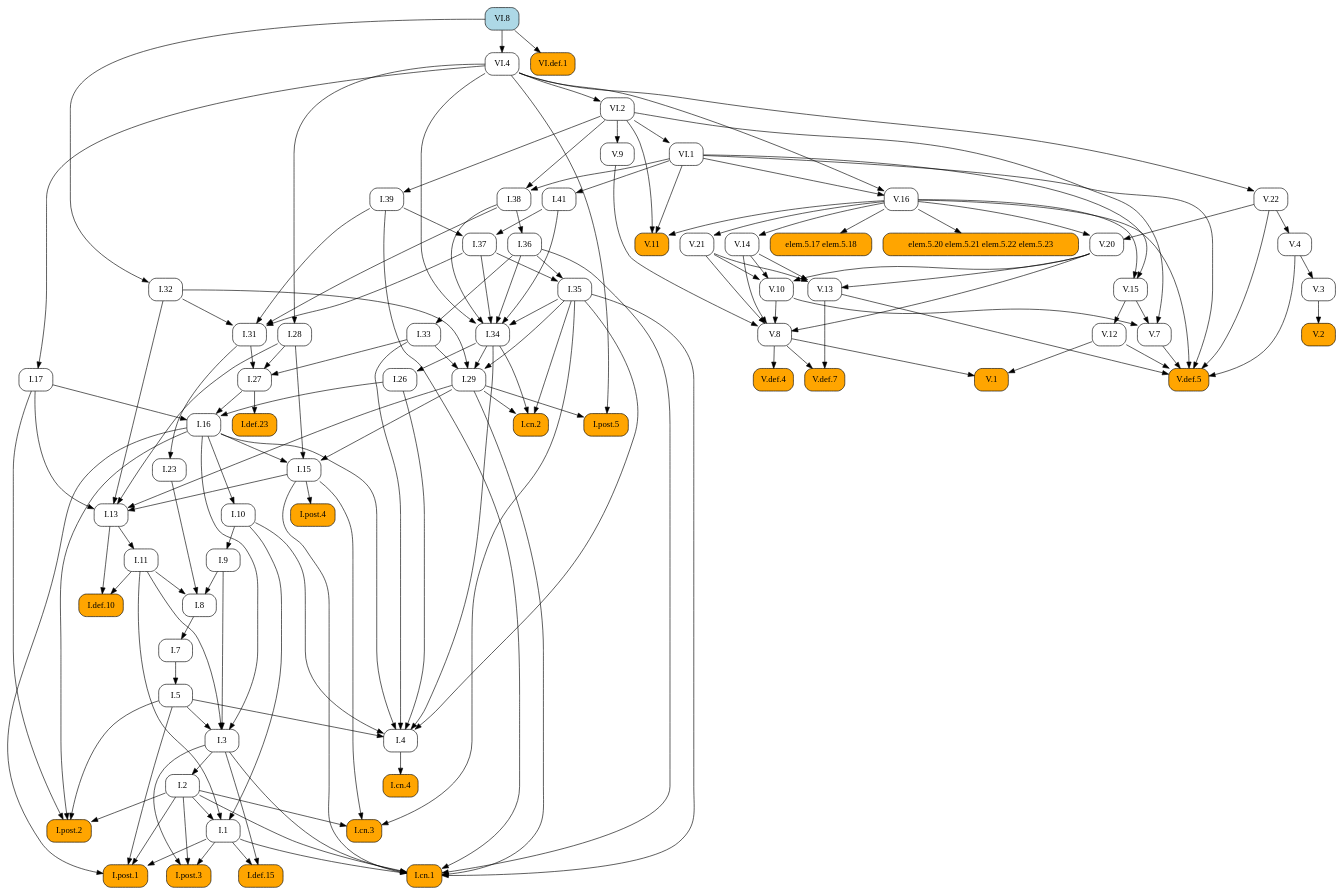
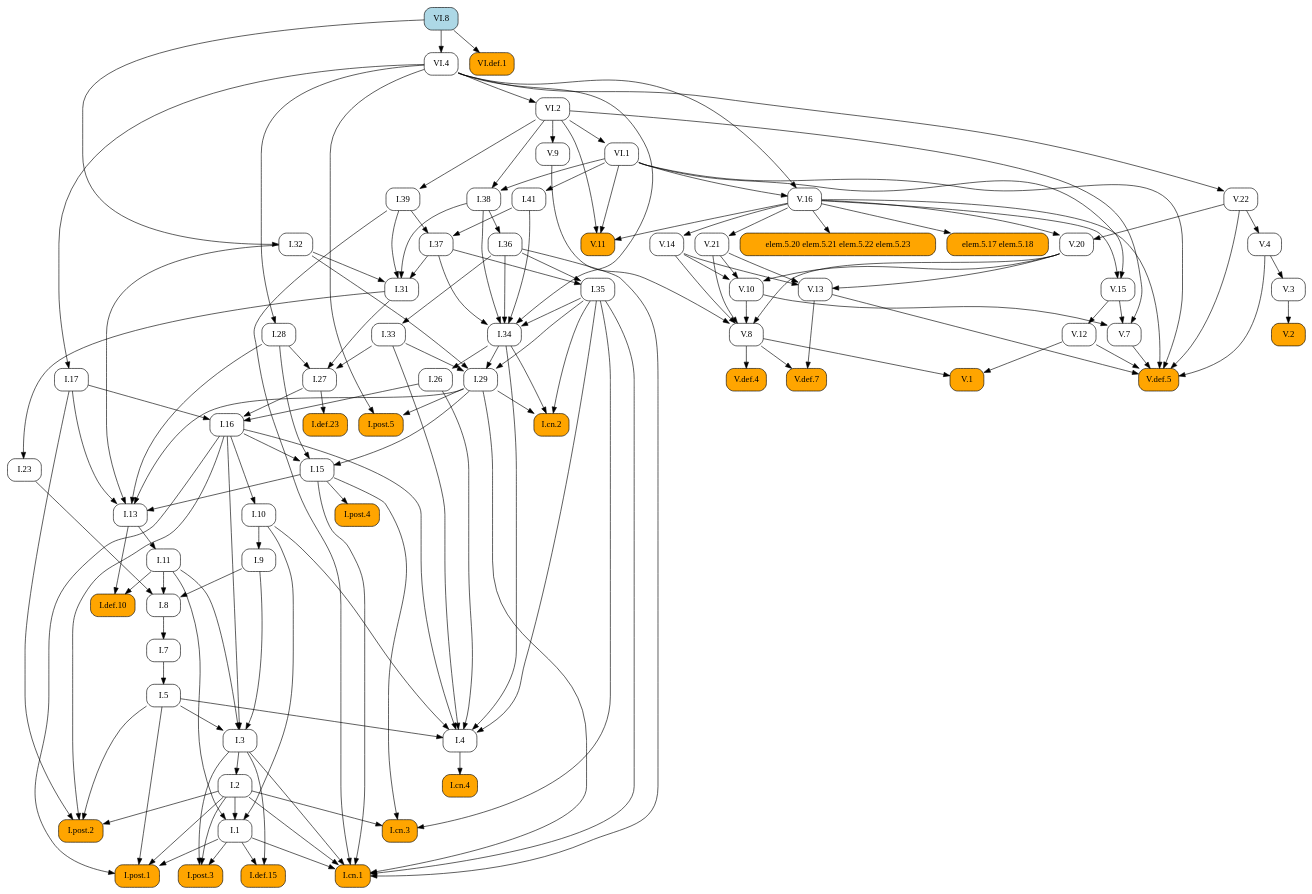
One commit to geometor/elements changed the diagram in docsrc/elements2/VI/8/index.rst. Above: the diagram before and after it, drawn with Graphviz. The commit also changed other lines of this file and 409 other files, not shown here.

First line of the commit message:
feat: Add image cropping and graphic extraction script

```diff
--- a/docsrc/elements2/VI/8/index.rst
+++ b/docsrc/elements2/VI/8/index.rst
@@ -57,190 +57,95 @@
    digraph {
      rankdir="TB";
      node [shape=box, style=rounded];
-     "V.20" [URL="/elements2/V/20/", target="_top"];
+     "I.31" [URL="/elements2/I/31/", target="_top"];
+     "I.41" [URL="/elements2/I/41/", target="_top"];
      "I.8" [URL="/elements2/I/8/", target="_top"];
+     "V.10" [URL="/elements2/V/10/", target="_top"];
+     "I.15" [URL="/elements2/I/15/", target="_top"];
+     "VI.1" [URL="/elements2/VI/1/", target="_top"];
+     "V.8" [URL="/elements2/V/8/", target="_top"];
+     "I.26" [URL="/elements2/I/26/", target="_top"];
+     "I.cn.1" [style="rounded,filled", fillcolor=orange, URL="/elements2/I/cn.1/", target="_top"];
+     "elem.5.20 elem.5.21 elem.5.22 elem.5.23" [style="rounded,filled", fillcolor=orange];
+     "I.28" [URL="/elements2/I/28/", target="_top"];
+     "V.def.5" [style="rounded,filled", fillcolor=orange, URL="/elements2/V/def.5/", target="_top"];
+     "I.16" [URL="/elements2/I/16/", target="_top"];
+     "I.35" [URL="/elements2/I/35/", target="_top"];
+     "I.34" [URL="/elements2/I/34/", target="_top"];
+     "VI.4" [URL="/elements2/VI/4/", target="_top"];
+     "I.33" [URL="/elements2/I/33/", target="_top"];
+     "V.15" [URL="/elements2/V/15/", target="_top"];
+     "V.4" [URL="/elements2/V/4/", target="_top"];
+     "V.14" [URL="/elements2/V/14/", target="_top"];
+     "elem.5.17 elem.5.18" [style="rounded,filled", fillcolor=orange];
+     "V.3" [URL="/elements2/V/3/", target="_top"];
+     "I.def.15" [style="rounded,filled", fillcolor=orange, URL="/elements2/I/def.15/", target="_top"];
+     "I.11" [URL="/elements2/I/11/", target="_top"];
+     "V.11" [style="rounded,filled", fillcolor=orange, URL="/elements2/V/11/", target="_top"];
+     "I.cn.3" [style="rounded,filled", fillcolor=orange, URL="/elements2/I/cn.3/", target="_top"];
+     "I.9" [URL="/elements2/I/9/", target="_top"];
+     "I.29" [URL="/elements2/I/29/", target="_top"];
+     "V.13" [URL="/elements2/V/13/", target="_top"];
      "I.36" [URL="/elements2/I/36/", target="_top"];
-     "V.def.5" [style="rounded,filled", fillcolor=orange, URL="/elements2/V/def.5/", target="_top"];
-     "I.38" [URL="/elements2/I/38/", target="_top"];
-     "I.post.5" [style="rounded,filled", fillcolor=orange, URL="/elements2/I/post.5/", target="_top"];
-     "I.def.10" [style="rounded,filled", fillcolor=orange, URL="/elements2/I/def.10/", target="_top"];
-     "I.cn.2" [style="rounded,filled", fillcolor=orange, URL="/elements2/I/cn.2/", target="_top"];
-     "I.31" [URL="/elements2/I/31/", target="_top"];
-     "I.post.2" [style="rounded,filled", fillcolor=orange, URL="/elements2/I/post.2/", target="_top"];
-     "I.def.23" [style="rounded,filled", fillcolor=orange, URL="/elements2/I/def.23/", target="_top"];
-     "I.26" [URL="/elements2/I/26/", target="_top"];
-     "V.3" [URL="/elements2/V/3/", target="_top"];
-     "I.cn.3" [style="rounded,filled", fillcolor=orange, URL="/elements2/I/cn.3/", target="_top"];
-     "V.2" [style="rounded,filled", fillcolor=orange, URL="/elements2/V/2/", target="_top"];
-     "V.12" [URL="/elements2/V/12/", target="_top"];
-     "V.22" [URL="/elements2/V/22/", target="_top"];
-     "I.35" [URL="/elements2/I/35/", target="_top"];
-     "I.41" [URL="/elements2/I/41/", target="_top"];
-     "I.28" [URL="/elements2/I/28/", target="_top"];
-     "I.27" [URL="/elements2/I/27/", target="_top"];
-     "I.4" [URL="/elements2/I/4/", target="_top"];
-     "V.8" [URL="/elements2/V/8/", target="_top"];
-     "VI.2" [URL="/elements2/VI/2/", target="_top"];
-     "I.39" [URL="/elements2/I/39/", target="_top"];
-     "I.15" [URL="/elements2/I/15/", target="_top"];
-     "I.34" [URL="/elements2/I/34/", target="_top"];
-     "VI.8" [style="rounded,filled", fillcolor=lightblue, URL="/elements2/VI/8/", target="_top"];
-     "I.post.3" [style="rounded,filled", fillcolor=orange, URL="/elements2/I/post.3/", target="_top"];
-     "I.32" [URL="/elements2/I/32/", target="_top"];
      "I.post.1" [style="rounded,filled", fillcolor=orange, URL="/elements2/I/post.1/", target="_top"];
      "V.def.4" [style="rounded,filled", fillcolor=orange, URL="/elements2/V/def.4/", target="_top"];
-     "I.33" [URL="/elements2/I/33/", target="_top"];
+     "VI.2" [URL="/elements2/VI/2/", target="_top"];
+     "I.27" [URL="/elements2/I/27/", target="_top"];
+     "V.1" [style="rounded,filled", fillcolor=orange, URL="/elements2/V/1/", target="_top"];
+     "I.cn.4" [style="rounded,filled", fillcolor=orange, URL="/elements2/I/cn.4/", target="_top"];
+     "I.post.4" [style="rounded,filled", fillcolor=orange, URL="/elements2/I/post.4/", target="_top"];
+     "I.cn.2" [style="rounded,filled", fillcolor=orange, URL="/elements2/I/cn.2/", target="_top"];
+     "V.7" [URL="/elements2/V/7/", target="_top"];
+     "I.37" [URL="/elements2/I/37/", target="_top"];
+     "V.21" [URL="/elements2/V/21/", target="_top"];
+     "VI.8" [style="rounded,filled", fillcolor=lightblue, URL="/elements2/VI/8/", target="_top"];
      "I.5" [URL="/elements2/I/5/", target="_top"];
-     "elem.5.17 elem.5.18" [style="rounded,filled", fillcolor=orange];
-     "VI.1" [URL="/elements2/VI/1/", target="_top"];
-     "V.11" [style="rounded,filled", fillcolor=orange, URL="/elements2/V/11/", target="_top"];
-     "V.13" [URL="/elements2/V/13/", target="_top"];
+     "V.def.7" [style="rounded,filled", fillcolor=orange, URL="/elements2/V/def.7/", target="_top"];
+     "I.17" [URL="/elements2/I/17/", target="_top"];
+     "V.12" [URL="/elements2/V/12/", target="_top"];
+     "I.32" [URL="/elements2/I/32/", target="_top"];
+     "I.7" [URL="/elements2/I/7/", target="_top"];
+     "I.23" [URL="/elements2/I/23/", target="_top"];
      "V.9" [URL="/elements2/V/9/", target="_top"];
+     "V.2" [style="rounded,filled", fillcolor=orange, URL="/elements2/V/2/", target="_top"];
+     "I.38" [URL="/elements2/I/38/", target="_top"];
+     "I.def.10" [style="rounded,filled", fillcolor=orange, URL="/elements2/I/def.10/", target="_top"];
+     "V.20" [URL="/elements2/V/20/", target="_top"];
+     "I.def.23" [style="rounded,filled", fillcolor=orange, URL="/elements2/I/def.23/", target="_top"];
      "V.16" [URL="/elements2/V/16/", target="_top"];
-     "I.def.15" [style="rounded,filled", fillcolor=orange, URL="/elements2/I/def.15/", target="_top"];
-     "V.15" [URL="/elements2/V/15/", target="_top"];
-     "I.11" [URL="/elements2/I/11/", target="_top"];
+     "I.post.5" [style="rounded,filled", fillcolor=orange, URL="/elements2/I/post.5/", target="_top"];
      "I.3" [URL="/elements2/I/3/", target="_top"];
-     "V.14" [URL="/elements2/V/14/", target="_top"];
-     "VI.4" [URL="/elements2/VI/4/", target="_top"];
-     "V.10" [URL="/elements2/V/10/", target="_top"];
+     "I.10" [URL="/elements2/I/10/", target="_top"];
+     "I.13" [URL="/elements2/I/13/", target="_top"];
+     "I.4" [URL="/elements2/I/4/", target="_top"];
+     "I.post.3" [style="rounded,filled", fillcolor=orange, URL="/elements2/I/post.3/", target="_top"];
+     "I.39" [URL="/elements2/I/39/", target="_top"];
+     "I.2" [URL="/elements2/I/2/", target="_top"];
+     "VI.def.1" [style="rounded,filled", fillcolor=orange, URL="/elements2/VI/def.1/", target="_top"];
      "I.1" [URL="/elements2/I/1/", target="_top"];
-     "I.cn.4" [style="rounded,filled", fillcolor=orange, URL="/elements2/I/cn.4/", target="_top"];
-     "I.23" [URL="/elements2/I/23/", target="_top"];
-     "I.7" [URL="/elements2/I/7/", target="_top"];
-     "I.17" [URL="/elements2/I/17/", target="_top"];
-     "I.9" [URL="/elements2/I/9/", target="_top"];
-     "V.7" [URL="/elements2/V/7/", target="_top"];
-     "I.cn.1" [style="rounded,filled", fillcolor=orange, URL="/elements2/I/cn.1/", target="_top"];
-     "I.29" [URL="/elements2/I/29/", target="_top"];
-     "I.16" [URL="/elements2/I/16/", target="_top"];
-     "V.21" [URL="/elements2/V/21/", target="_top"];
-     "I.13" [URL="/elements2/I/13/", target="_top"];
-     "elem.5.20 elem.5.21 elem.5.22 elem.5.23" [style="rounded,filled", fillcolor=orange];
-     "I.post.4" [style="rounded,filled", fillcolor=orange, URL="/elements2/I/post.4/", target="_top"];
-     "V.1" [style="rounded,filled", fillcolor=orange, URL="/elements2/V/1/", target="_top"];
-     "VI.def.1" [style="rounded,filled", fillcolor=orange, URL="/elements2/VI/def.1/", target="_top"];
-     "I.2" [URL="/elements2/I/2/", target="_top"];
-     "I.37" [URL="/elements2/I/37/", target="_top"];
-     "I.10" [URL="/elements2/I/10/", target="_top"];
-     "V.def.7" [style="rounded,filled", fillcolor=orange, URL="/elements2/V/def.7/", target="_top"];
-     "V.4" [URL="/elements2/V/4/", target="_top"];
-     "V.16" -> "V.20";
-     "V.22" -> "V.20";
-     "I.9" -> "I.8";
-     "I.11" -> "I.8";
-     "I.23" -> "I.8";
-     "I.38" -> "I.36";
-     "V.4" -> "V.def.5";
-     "V.7" -> "V.def.5";
-     "V.12" -> "V.def.5";
-     "V.13" -> "V.def.5";
-     "V.16" -> "V.def.5";
-     "V.22" -> "V.def.5";
-     "VI.1" -> "V.def.5";
-     "VI.1" -> "I.38";
-     "VI.2" -> "I.38";
-     "I.29" -> "I.post.5";
-     "VI.4" -> "I.post.5";
-     "I.11" -> "I.def.10";
-     "I.13" -> "I.def.10";
-     "I.29" -> "I.cn.2";
-     "I.34" -> "I.cn.2";
-     "I.35" -> "I.cn.2";
+     "I.post.2" [style="rounded,filled", fillcolor=orange, URL="/elements2/I/post.2/", target="_top"];
+     "V.22" [URL="/elements2/V/22/", target="_top"];
      "I.32" -> "I.31";
      "I.37" -> "I.31";
      "I.38" -> "I.31";
      "I.39" -> "I.31";
-     "I.2" -> "I.post.2";
-     "I.5" -> "I.post.2";
-     "I.16" -> "I.post.2";
-     "I.17" -> "I.post.2";
-     "I.27" -> "I.def.23";
-     "I.34" -> "I.26";
-     "V.4" -> "V.3";
-     "I.2" -> "I.cn.3";
-     "I.15" -> "I.cn.3";
-     "I.35" -> "I.cn.3";
-     "V.3" -> "V.2";
-     "V.15" -> "V.12";
-     "VI.4" -> "V.22";
-     "I.36" -> "I.35";
-     "I.37" -> "I.35";
      "VI.1" -> "I.41";
-     "VI.4" -> "I.28";
-     "I.28" -> "I.27";
-     "I.31" -> "I.27";
-     "I.33" -> "I.27";
-     "I.5" -> "I.4";
-     "I.10" -> "I.4";
-     "I.16" -> "I.4";
-     "I.26" -> "I.4";
-     "I.33" -> "I.4";
-     "I.34" -> "I.4";
-     "I.35" -> "I.4";
+     "I.9" -> "I.8";
+     "I.11" -> "I.8";
+     "I.23" -> "I.8";
+     "V.14" -> "V.10";
+     "V.20" -> "V.10";
+     "V.21" -> "V.10";
+     "I.16" -> "I.15";
+     "I.28" -> "I.15";
+     "I.29" -> "I.15";
+     "VI.2" -> "VI.1";
      "V.9" -> "V.8";
      "V.10" -> "V.8";
      "V.14" -> "V.8";
      "V.20" -> "V.8";
      "V.21" -> "V.8";
-     "VI.4" -> "VI.2";
-     "VI.2" -> "I.39";
-     "I.16" -> "I.15";
-     "I.28" -> "I.15";
-     "I.29" -> "I.15";
-     "I.35" -> "I.34";
-     "I.36" -> "I.34";
-     "I.37" -> "I.34";
-     "I.38" -> "I.34";
-     "I.41" -> "I.34";
-     "VI.4" -> "I.34";
-     "I.1" -> "I.post.3";
-     "I.2" -> "I.post.3";
-     "I.3" -> "I.post.3";
-     "VI.8" -> "I.32";
-     "I.1" -> "I.post.1";
-     "I.2" -> "I.post.1";
-     "I.5" -> "I.post.1";
-     "I.16" -> "I.post.1";
-     "V.8" -> "V.def.4";
-     "I.36" -> "I.33";
-     "I.7" -> "I.5";
-     "V.16" -> "elem.5.17 elem.5.18";
-     "VI.2" -> "VI.1";
-     "V.16" -> "V.11";
-     "VI.1" -> "V.11";
-     "VI.2" -> "V.11";
-     "V.14" -> "V.13";
-     "V.20" -> "V.13";
-     "V.21" -> "V.13";
-     "VI.2" -> "V.9";
-     "VI.1" -> "V.16";
-     "VI.4" -> "V.16";
-     "I.1" -> "I.def.15";
-     "I.3" -> "I.def.15";
-     "V.16" -> "V.15";
-     "VI.1" -> "V.15";
-     "I.13" -> "I.11";
-     "I.5" -> "I.3";
-     "I.9" -> "I.3";
-     "I.11" -> "I.3";
-     "I.16" -> "I.3";
-     "V.16" -> "V.14";
-     "VI.8" -> "VI.4";
-     "V.14" -> "V.10";
-     "V.20" -> "V.10";
-     "V.21" -> "V.10";
-     "I.2" -> "I.1";
-     "I.10" -> "I.1";
-     "I.11" -> "I.1";
-     "I.4" -> "I.cn.4";
-     "I.31" -> "I.23";
-     "I.8" -> "I.7";
-     "VI.4" -> "I.17";
-     "I.10" -> "I.9";
-     "V.10" -> "V.7";
-     "V.15" -> "V.7";
-     "VI.2" -> "V.7";
+     "I.34" -> "I.26";
      "I.1" -> "I.cn.1";
      "I.2" -> "I.cn.1";
      "I.3" -> "I.cn.1";
@@ -249,29 +154,124 @@
      "I.35" -> "I.cn.1";
      "I.36" -> "I.cn.1";
      "I.39" -> "I.cn.1";
+     "V.16" -> "elem.5.20 elem.5.21 elem.5.22 elem.5.23";
+     "VI.4" -> "I.28";
+     "V.4" -> "V.def.5";
+     "V.7" -> "V.def.5";
+     "V.12" -> "V.def.5";
+     "V.13" -> "V.def.5";
+     "V.16" -> "V.def.5";
+     "V.22" -> "V.def.5";
+     "VI.1" -> "V.def.5";
+     "I.17" -> "I.16";
+     "I.26" -> "I.16";
+     "I.27" -> "I.16";
+     "I.36" -> "I.35";
+     "I.37" -> "I.35";
+     "I.35" -> "I.34";
+     "I.36" -> "I.34";
+     "I.37" -> "I.34";
+     "I.38" -> "I.34";
+     "I.41" -> "I.34";
+     "VI.4" -> "I.34";
+     "VI.8" -> "VI.4";
+     "I.36" -> "I.33";
+     "V.16" -> "V.15";
+     "VI.1" -> "V.15";
+     "V.22" -> "V.4";
+     "V.16" -> "V.14";
+     "V.16" -> "elem.5.17 elem.5.18";
+     "V.4" -> "V.3";
+     "I.1" -> "I.def.15";
+     "I.3" -> "I.def.15";
+     "I.13" -> "I.11";
+     "V.16" -> "V.11";
+     "VI.1" -> "V.11";
+     "VI.2" -> "V.11";
+     "I.2" -> "I.cn.3";
+     "I.15" -> "I.cn.3";
+     "I.35" -> "I.cn.3";
+     "I.10" -> "I.9";
      "I.32" -> "I.29";
      "I.33" -> "I.29";
      "I.34" -> "I.29";
      "I.35" -> "I.29";
-     "I.17" -> "I.16";
-     "I.26" -> "I.16";
-     "I.27" -> "I.16";
+     "V.14" -> "V.13";
+     "V.20" -> "V.13";
+     "V.21" -> "V.13";
+     "I.38" -> "I.36";
+     "I.1" -> "I.post.1";
+     "I.2" -> "I.post.1";
+     "I.5" -> "I.post.1";
+     "I.16" -> "I.post.1";
+     "V.8" -> "V.def.4";
+     "VI.4" -> "VI.2";
+     "I.28" -> "I.27";
+     "I.31" -> "I.27";
+     "I.33" -> "I.27";
+     "V.8" -> "V.1";
+     "V.12" -> "V.1";
+     "I.4" -> "I.cn.4";
+     "I.15" -> "I.post.4";
+     "I.29" -> "I.cn.2";
+     "I.34" -> "I.cn.2";
+     "I.35" -> "I.cn.2";
+     "V.10" -> "V.7";
+     "V.15" -> "V.7";
+     "VI.2" -> "V.7";
+     "I.39" -> "I.37";
+     "I.41" -> "I.37";
      "V.16" -> "V.21";
+     "I.7" -> "I.5";
+     "V.8" -> "V.def.7";
+     "V.13" -> "V.def.7";
+     "VI.4" -> "I.17";
+     "V.15" -> "V.12";
+     "VI.8" -> "I.32";
+     "I.8" -> "I.7";
+     "I.31" -> "I.23";
+     "VI.2" -> "V.9";
+     "V.3" -> "V.2";
+     "VI.1" -> "I.38";
+     "VI.2" -> "I.38";
+     "I.11" -> "I.def.10";
+     "I.13" -> "I.def.10";
+     "V.16" -> "V.20";
+     "V.22" -> "V.20";
+     "I.27" -> "I.def.23";
+     "VI.1" -> "V.16";
+     "VI.4" -> "V.16";
+     "I.29" -> "I.post.5";
+     "VI.4" -> "I.post.5";
+     "I.5" -> "I.3";
+     "I.9" -> "I.3";
+     "I.11" -> "I.3";
+     "I.16" -> "I.3";
+     "I.16" -> "I.10";
      "I.15" -> "I.13";
      "I.17" -> "I.13";
      "I.28" -> "I.13";
      "I.29" -> "I.13";
      "I.32" -> "I.13";
-     "V.16" -> "elem.5.20 elem.5.21 elem.5.22 elem.5.23";
-     "I.15" -> "I.post.4";
-     "V.8" -> "V.1";
-     "V.12" -> "V.1";
+     "I.5" -> "I.4";
+     "I.10" -> "I.4";
+     "I.16" -> "I.4";
+     "I.26" -> "I.4";
+     "I.33" -> "I.4";
+     "I.34" -> "I.4";
+     "I.35" -> "I.4";
+     "I.1" -> "I.post.3";
+     "I.2" -> "I.post.3";
+     "I.3" -> "I.post.3";
+     "VI.2" -> "I.39";
+     "I.3" -> "I.2";
      "VI.8" -> "VI.def.1";
-     "I.3" -> "I.2";
-     "I.39" -> "I.37";
-     "I.41" -> "I.37";
-     "I.16" -> "I.10";
-     "V.8" -> "V.def.7";
-     "V.13" -> "V.def.7";
-     "V.22" -> "V.4";
+     "I.2" -> "I.1";
+     "I.10" -> "I.1";
+     "I.11" -> "I.1";
+     "I.2" -> "I.post.2";
+     "I.5" -> "I.post.2";
+     "I.16" -> "I.post.2";
+     "I.17" -> "I.post.2";
+     "VI.4" -> "V.22";
    }
```
